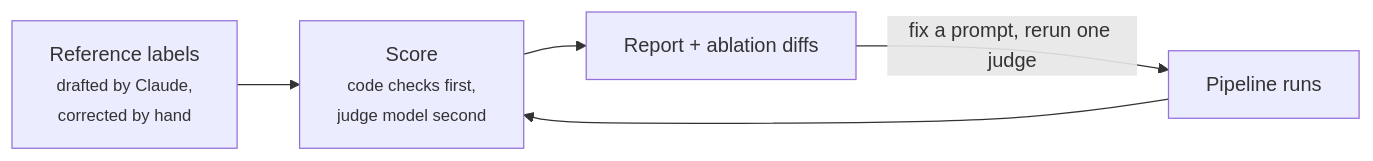
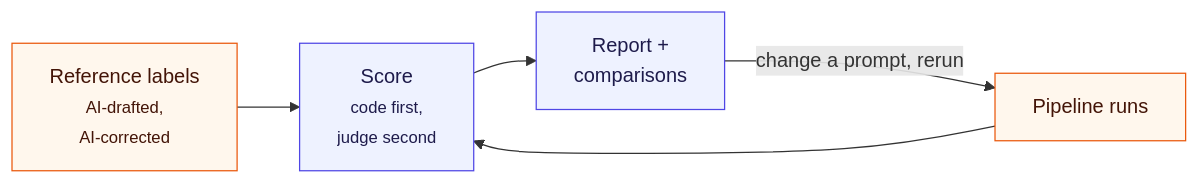
The third of 3 diagrams in README.md (lofeodo/rfp-solution-summary-generator), drawn with Mermaid before and after one commit. The commit also changed other lines of this file and 7 other files, not shown here.

````diff
--- a/README.md
+++ b/README.md
@@ -157,7 +83,11 @@
 ```mermaid
 flowchart LR
-    G[Reference labels<br/><small>drafted by Claude,<br/>corrected by hand</small>] --> S
-    R[Pipeline runs] --> S[Score<br/><small>code checks first,<br/>judge model second</small>]
-    S --> P[Report + ablation diffs]
-    P -- "fix a prompt, rerun one judge" --> R
+    G[Reference labels<br/><small>AI-drafted,<br/>AI-corrected</small>] --> S
+    R[Pipeline runs] --> S[Score<br/><small>code first,<br/>judge second</small>]
+    S --> P[Report +<br/>comparisons]
+    P -- "change a prompt, rerun" --> R
+    classDef code fill:#eef2ff,stroke:#4f46e5,color:#1e1b4b
+    classDef llm fill:#fff7ed,stroke:#ea580c,color:#431407
+    class S,P code
+    class G,R llm
 ```
````
